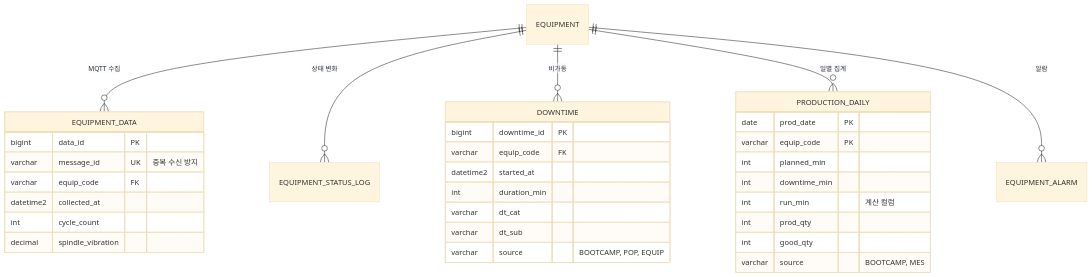
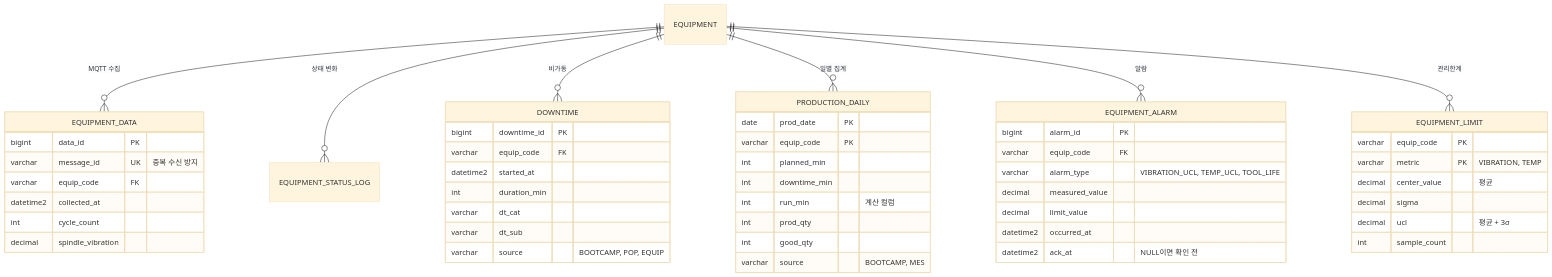
One commit to Minhong0/mes changed the third of 3 diagrams in docs/erd.md. Above: the diagram before and after it, drawn with Mermaid (base theme). The commit also changed other lines of this file and 46 other files, not shown here.

Commit message:
진동·온도 관리한계(UCL=평균+3σ) 알람과 확인, 정지 사유 파레토(윈도 함수, Chart.js)

````diff
--- a/docs/erd.md
+++ b/docs/erd.md
@@ -110,36 +110,54 @@
 ```mermaid
 erDiagram
     EQUIPMENT ||--o{ EQUIPMENT_DATA : "MQTT 수집"
     EQUIPMENT ||--o{ EQUIPMENT_STATUS_LOG : "상태 변화"
     EQUIPMENT ||--o{ DOWNTIME : "비가동"
     EQUIPMENT ||--o{ PRODUCTION_DAILY : "일별 집계"
     EQUIPMENT ||--o{ EQUIPMENT_ALARM : "알람"
+    EQUIPMENT ||--o{ EQUIPMENT_LIMIT : "관리한계"
 
     EQUIPMENT_DATA {
         bigint data_id PK
         varchar message_id UK "중복 수신 방지"
         varchar equip_code FK
         datetime2 collected_at
         int cycle_count
         decimal spindle_vibration
     }
     DOWNTIME {
         bigint downtime_id PK
         varchar equip_code FK
         datetime2 started_at
         int duration_min
         varchar dt_cat
         varchar dt_sub
         varchar source "BOOTCAMP, POP, EQUIP"
     }
     PRODUCTION_DAILY {
         date prod_date PK
         varchar equip_code PK
         int planned_min
         int downtime_min
         int run_min "계산 컬럼"
         int prod_qty
         int good_qty
         varchar source "BOOTCAMP, MES"
     }
+    EQUIPMENT_LIMIT {
+        varchar equip_code PK
+        varchar metric PK "VIBRATION, TEMP"
+        decimal center_value "평균"
+        decimal sigma
+        decimal ucl "평균 + 3σ"
+        int sample_count
+    }
+    EQUIPMENT_ALARM {
+        bigint alarm_id PK
+        varchar equip_code FK
+        varchar alarm_type "VIBRATION_UCL, TEMP_UCL, TOOL_LIFE"
+        decimal measured_value
+        decimal limit_value
+        datetime2 occurred_at
+        datetime2 ack_at "NULL이면 확인 전"
+    }
 ```
````
